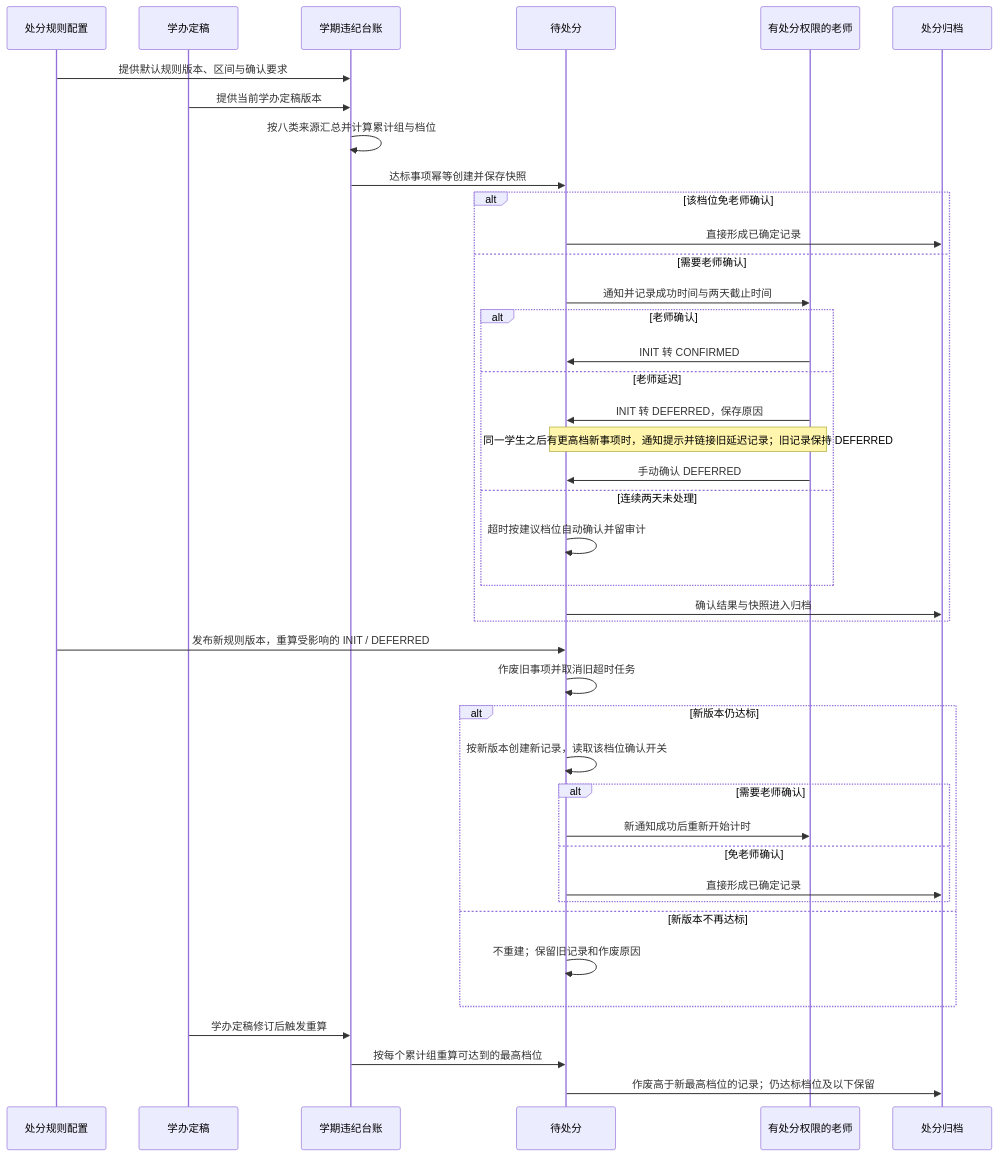
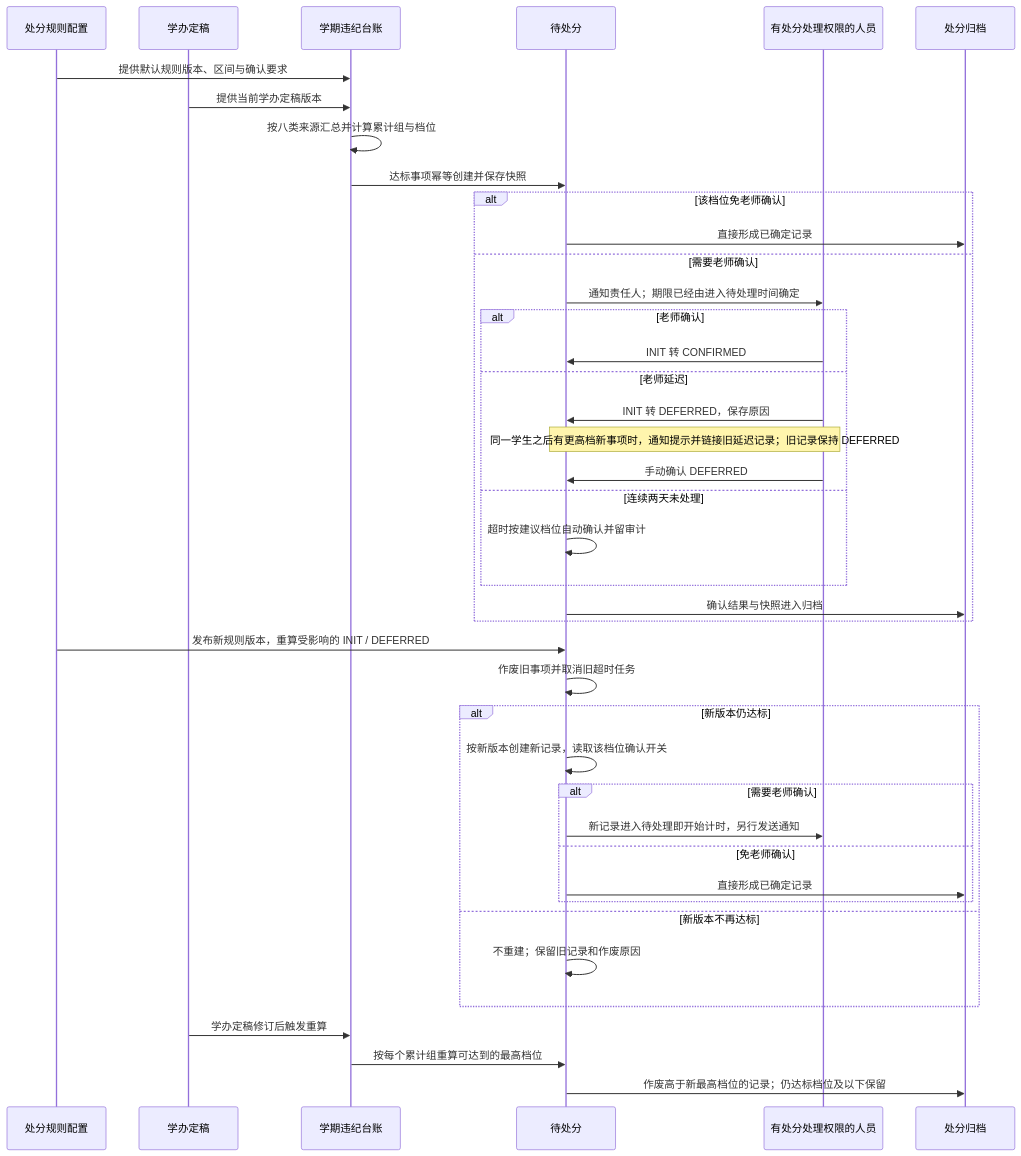
Before and after one commit to uncooked-rice-ningshuo/four-check-management-system: the diagram in docs/proposals/2026-11-15-phase4-discipline-review.md, drawn with Mermaid. The commit also changed other lines of this file and 90 other files, not shown here.

````diff
--- a/docs/proposals/2026-11-15-phase4-discipline-review.md
+++ b/docs/proposals/2026-11-15-phase4-discipline-review.md
@@ -86,43 +105,43 @@
 ```mermaid
 sequenceDiagram
     participant R as 处分规则配置
     participant F as 学办定稿
     participant L as 学期违纪台账
     participant P as 待处分
-    participant T as 有处分权限的老师
+    participant T as 有处分处理权限的人员
     participant A as 处分归档
     R->>L: 提供默认规则版本、区间与确认要求
     F->>L: 提供当前学办定稿版本
     L->>L: 按八类来源汇总并计算累计组与档位
     L->>P: 达标事项幂等创建并保存快照
     alt 该档位免老师确认
         P->>A: 直接形成已确定记录
     else 需要老师确认
-        P->>T: 通知并记录成功时间与两天截止时间
+        P->>T: 通知责任人；期限已经由进入待处理时间确定
         alt 老师确认
             T->>P: INIT 转 CONFIRMED
         else 老师延迟
             T->>P: INIT 转 DEFERRED，保存原因
             Note over P,T: 同一学生之后有更高档新事项时，通知提示并链接旧延迟记录；旧记录保持 DEFERRED
             T->>P: 手动确认 DEFERRED
         else 连续两天未处理
             P->>P: 超时按建议档位自动确认并留审计
         end
         P->>A: 确认结果与快照进入归档
     end
     R->>P: 发布新规则版本，重算受影响的 INIT / DEFERRED
     P->>P: 作废旧事项并取消旧超时任务
     alt 新版本仍达标
         P->>P: 按新版本创建新记录，读取该档位确认开关
         alt 需要老师确认
-            P->>T: 新通知成功后重新开始计时
+            P->>T: 新记录进入待处理即开始计时，另行发送通知
         else 免老师确认
             P->>A: 直接形成已确定记录
         end
     else 新版本不再达标
         P->>P: 不重建；保留旧记录和作废原因
     end
     F->>L: 学办定稿修订后触发重算
     L->>P: 按每个累计组重算可达到的最高档位
     P->>A: 作废高于新最高档位的记录；仍达标档位及以下保留
 ```
````
